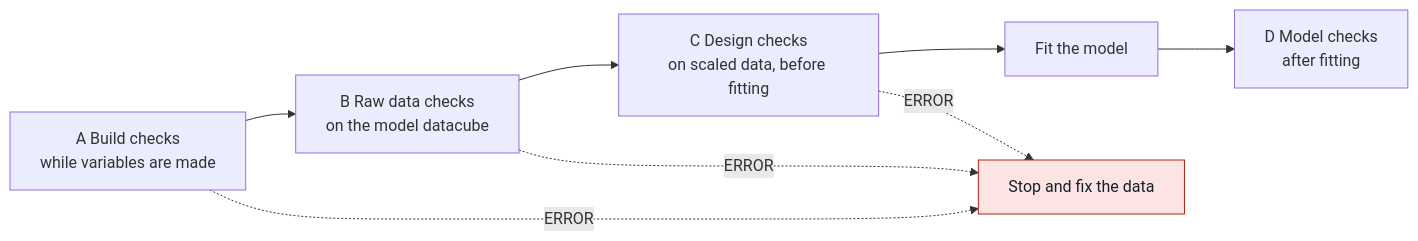
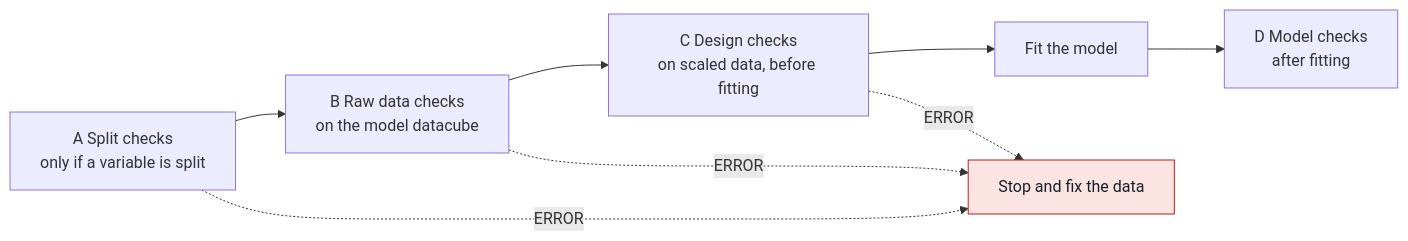
One commit to Ikshvaku24/mmm changed the diagram in codebase2_full_mmm/docs/EDA_CHECKS.md. Above: the diagram before and after it, drawn with Mermaid. The commit also changed other lines of this file and 5 other files, not shown here.

````diff
--- a/codebase2_full_mmm/docs/EDA_CHECKS.md
+++ b/codebase2_full_mmm/docs/EDA_CHECKS.md
@@ -66,12 +68,12 @@
 ```mermaid
 flowchart LR
-    A["A Build checks<br/>while variables are made"] --> B["B Raw data checks<br/>on the model datacube"]
+    A["A Split checks<br/>only if a variable is split"] --> B["B Raw data checks<br/>on the model datacube"]
     B --> C["C Design checks<br/>on scaled data, before fitting"]
     C --> FIT["Fit the model"]
     FIT --> D["D Model checks<br/>after fitting"]
     A -.->|ERROR| STOP["Stop and fix the data"]
     B -.->|ERROR| STOP
     C -.->|ERROR| STOP
     classDef stop fill:#FBE4E1,stroke:#B42318,color:#16202B
     class STOP stop
 ```
````
